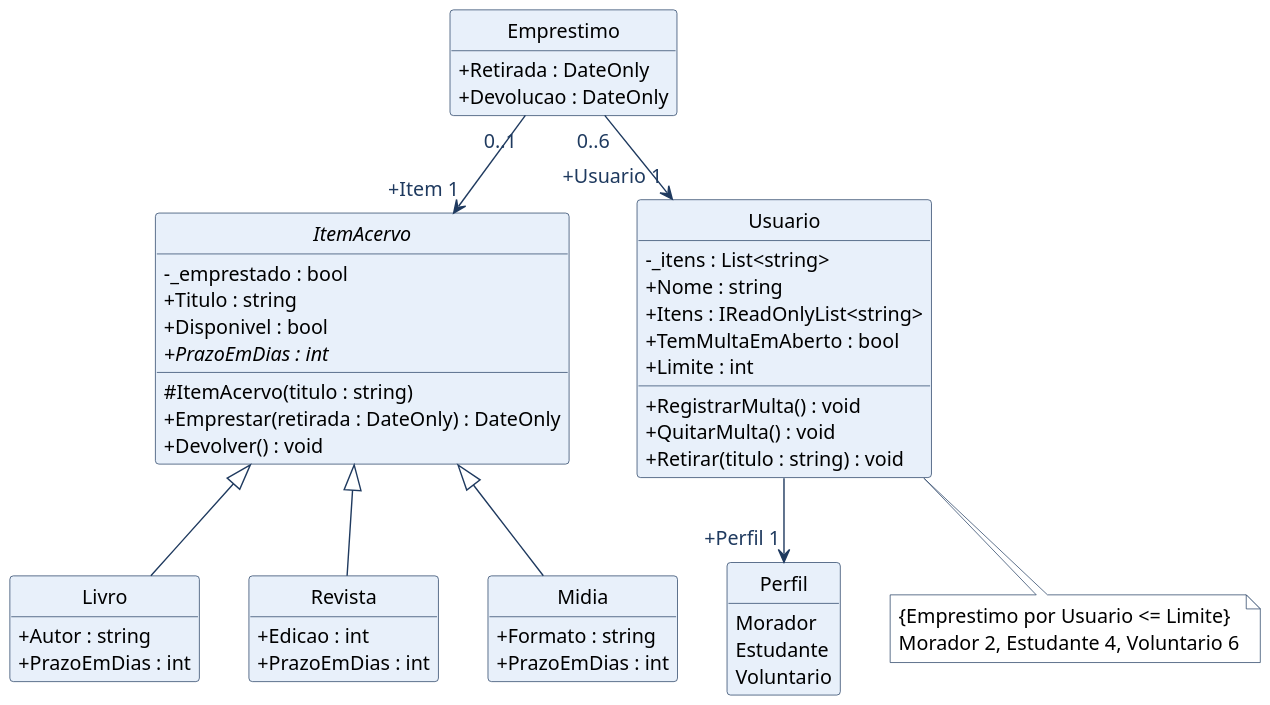
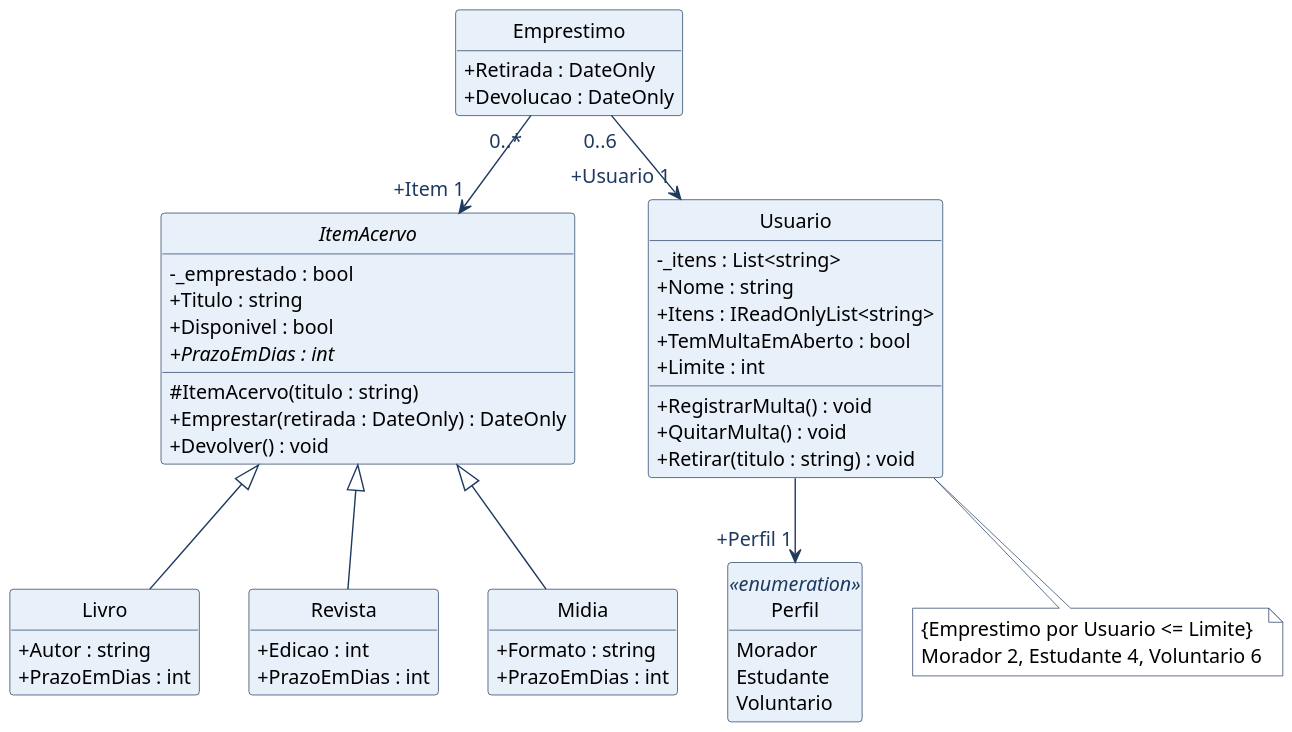
The diagram in topico-06-classes-e-objetos/classes.puml (josercf/uninove-2026-2-ead-modelagem-oo), drawn with PlantUML before and after one commit. The commit also changed 3 other files, not shown here.

First line of the commit message:
fix: multiplicidade 0..* entre Emprestimo e ItemAcervo e estereótipo da enumeração

```diff
--- a/topico-06-classes-e-objetos/classes.puml
+++ b/topico-06-classes-e-objetos/classes.puml
@@ -1,84 +1,84 @@
 @startuml
 ' Diagrama de classes da Biblioteca Comunitária, tópico 06.
 ' O teste DiagramaDeClassesTests confere cada membro abaixo contra o código C#.
 ' Visibilidade: + público, - privado, # protegido.
 skinparam backgroundColor white
 skinparam dpi 150
 skinparam defaultFontName Arial
 skinparam defaultFontSize 14
 skinparam shadowing false
 skinparam classAttributeIconSize 0
 skinparam ArrowColor #1F3A5F
 skinparam ArrowFontColor #1F3A5F
 skinparam ClassBorderColor #1F3A5F
 skinparam ClassBackgroundColor #E8F0FA
 skinparam ClassFontColor #000000
 skinparam ClassAttributeFontColor #000000
 skinparam ClassStereotypeFontColor #1F3A5F
 skinparam NoteBorderColor #1F3A5F
 skinparam NoteBackgroundColor #FFFFFF
 skinparam NoteFontColor #000000
 hide circle
 hide empty members
 
 abstract class ItemAcervo {
   -_emprestado : bool
   +Titulo : string
   +Disponivel : bool
   +{abstract} PrazoEmDias : int
   #ItemAcervo(titulo : string)
   +Emprestar(retirada : DateOnly) : DateOnly
   +Devolver() : void
 }
 
 class Livro {
   +Autor : string
   +PrazoEmDias : int
 }
 
 class Revista {
   +Edicao : int
   +PrazoEmDias : int
 }
 
 class Midia {
   +Formato : string
   +PrazoEmDias : int
 }
 
 class Usuario {
   -_itens : List<string>
   +Nome : string
   +Itens : IReadOnlyList<string>
   +TemMultaEmAberto : bool
   +Limite : int
   +RegistrarMulta() : void
   +QuitarMulta() : void
   +Retirar(titulo : string) : void
 }
 
-enum Perfil {
+enum Perfil <<enumeration>> {
   Morador
   Estudante
   Voluntario
 }
 
 class Emprestimo {
   +Retirada : DateOnly
   +Devolucao : DateOnly
 }
 
 ItemAcervo <|-- Livro
 ItemAcervo <|-- Revista
 ItemAcervo <|-- Midia
 
 ' Associação: a ponta da seta traz o nome do papel, com visibilidade, e a multiplicidade.
 Emprestimo "0..6" --> "+Usuario 1" Usuario
-Emprestimo "0..1" --> "+Item 1" ItemAcervo
+Emprestimo "0..*" --> "+Item 1" ItemAcervo
 Usuario --> "+Perfil 1" Perfil
 
 note bottom of Usuario
   {Emprestimo por Usuario <= Limite}
   Morador 2, Estudante 4, Voluntario 6
 end note
 @enduml
```
